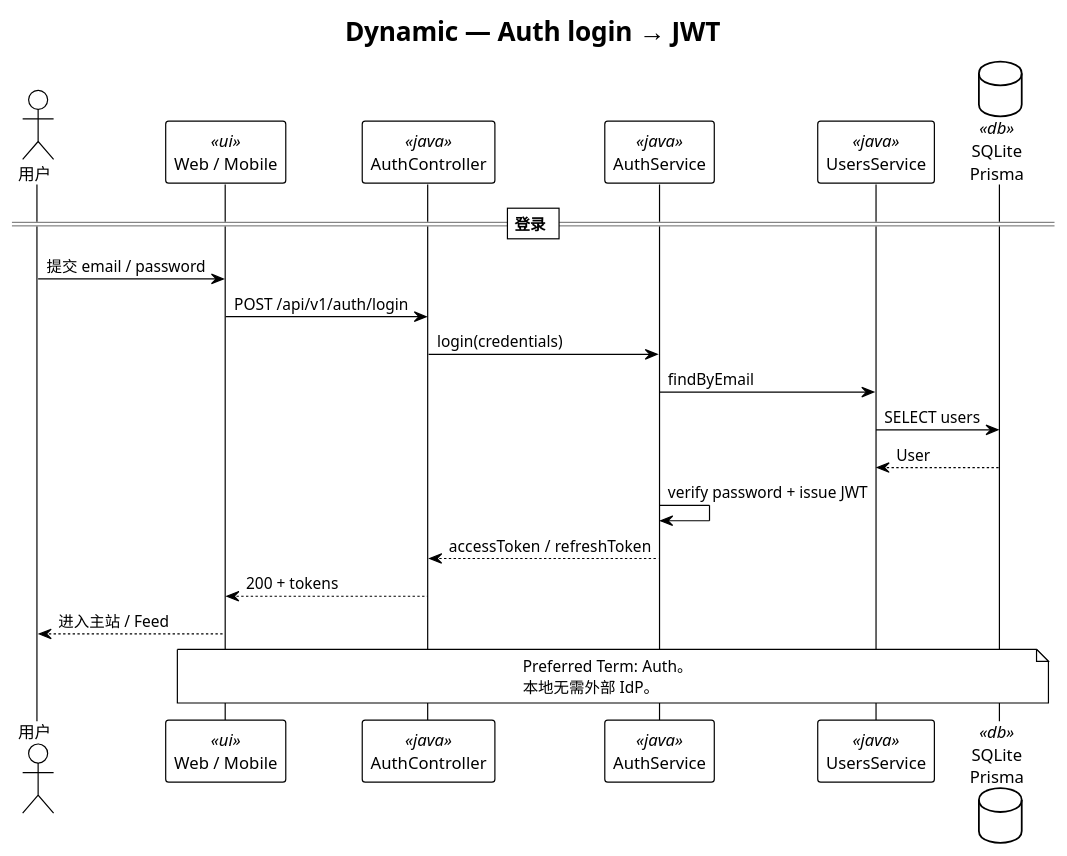
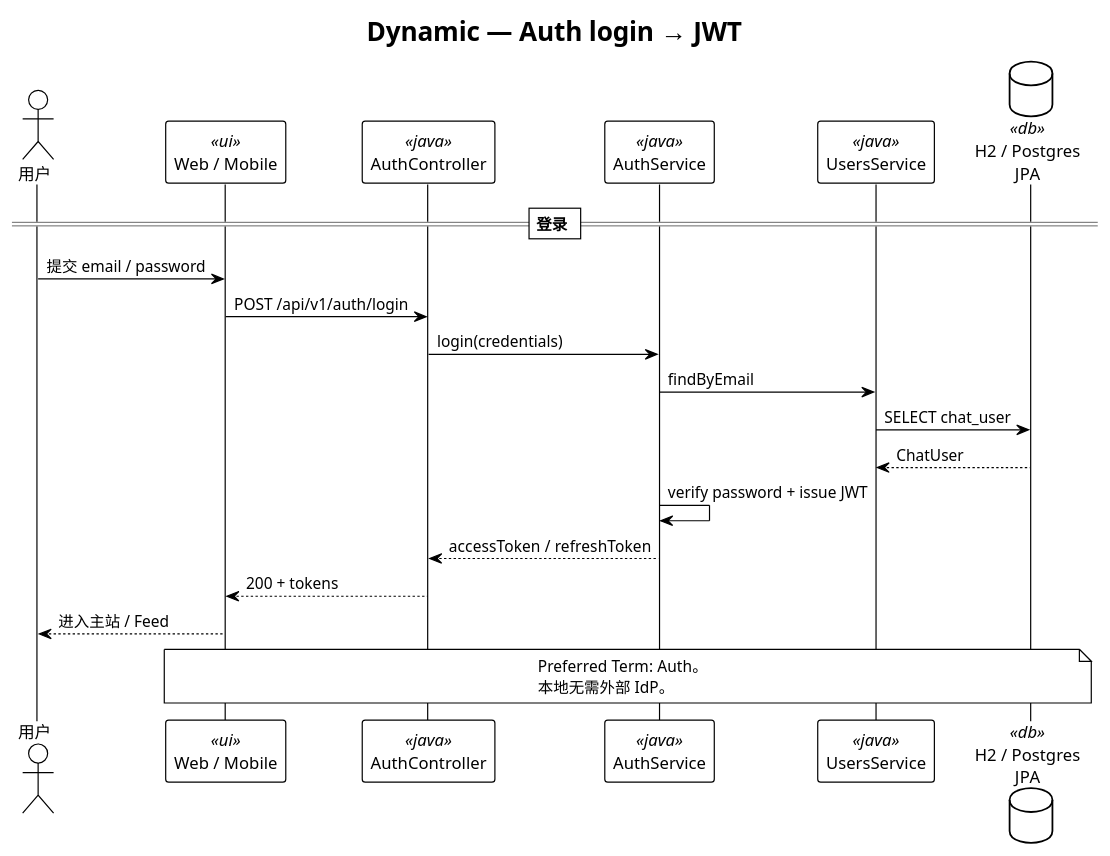
One commit to felixzhu97/explore-chat changed the diagram in docs/developer/c4-model/C4-Dynamic-Auth-Login.puml. Above: the diagram before and after it, drawn with PlantUML. The commit also changed 9 other files, not shown here.

```diff
--- a/docs/developer/c4-model/C4-Dynamic-Auth-Login.puml
+++ b/docs/developer/c4-model/C4-Dynamic-Auth-Login.puml
@@ -1,32 +1,32 @@
 @startuml C4-Dynamic-Auth-Login
 !theme plain
 skinparam backgroundColor #FFFFFF
 skinparam shadowing false
 
 title Dynamic — Auth login → JWT
 
 actor "用户" as user
 participant "Web / Mobile" as ui <<ui>>
 participant "AuthController" as authCtrl <<java>>
 participant "AuthService" as authSvc <<java>>
 participant "UsersService" as usersSvc <<java>>
-database "SQLite\nPrisma" as db <<db>>
+database "H2 / Postgres\nJPA" as db <<db>>
 
 == 登录 ==
 user -> ui : 提交 email / password
 ui -> authCtrl : POST /api/v1/auth/login
 authCtrl -> authSvc : login(credentials)
 authSvc -> usersSvc : findByEmail
-usersSvc -> db : SELECT users
-db --> usersSvc : User
+usersSvc -> db : SELECT chat_user
+db --> usersSvc : ChatUser
 authSvc -> authSvc : verify password + issue JWT
 authSvc --> authCtrl : accessToken / refreshToken
 authCtrl --> ui : 200 + tokens
 ui --> user : 进入主站 / Feed
 
 note over ui, db
   Preferred Term: Auth。
   本地无需外部 IdP。
 end note
 
 @enduml
```
